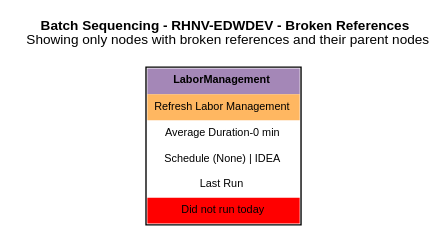
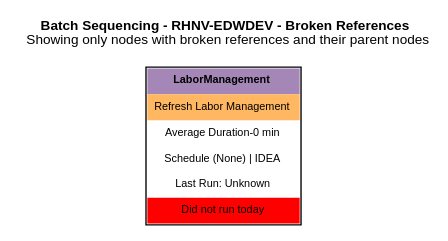
The diagram in ShowBatchSequences/GraphViz/BatchSequenceDetail-IDEA_RHNV-EDWDEV.RHNV.HOSTED_BrokenRefs.gv (ronaldodiyar58811-prog/Ronalds-Random-Scripts), drawn with Graphviz before and after one commit. The commit also changed 88 other files, not shown here.

```diff
--- a/ShowBatchSequences/GraphViz/BatchSequenceDetail-IDEA_RHNV-EDWDEV.RHNV.HOSTED_BrokenRefs.gv
+++ b/ShowBatchSequences/GraphViz/BatchSequenceDetail-IDEA_RHNV-EDWDEV.RHNV.HOSTED_BrokenRefs.gv
@@ -1,6 +1,6 @@
 digraph "Batch Sequencing - RHNV-EDWDEV"{
     graph [layout=dot, fontname=Arial, fontsize=10, labelloc=t, label=<<b>Batch Sequencing - RHNV-EDWDEV - Broken References</b><br />Showing only nodes with broken references and their parent nodes<br /> >];
     node [shape=none, margin=0, fontname=Arial, fontsize=8];
-    "LaborManagement.Refresh Labor Management" [label=<<table border="1" cellspacing="0" cellpadding="5" cellborder="0"><tr><td bgcolor="#a487b7"><b>LaborManagement</b></td></tr><tr><td bgcolor="#ffb255ed" data-cell-info="Broken References">Refresh Labor Management</td></tr><tr><td>Average Duration-0 min</td></tr><tr><td>Schedule (None) | IDEA</td></tr><tr><td>Last Run </td></tr><tr><td bgcolor="#FF0000" style="color: #ffffff">Did not run today</td></tr></table>>];
+    "LaborManagement.Refresh Labor Management" [label=<<table border="1" cellspacing="0" cellpadding="5" cellborder="0"><tr><td bgcolor="#a487b7"><b>LaborManagement</b></td></tr><tr><td bgcolor="#ffb255ed" data-cell-info="Broken References">Refresh Labor Management</td></tr><tr><td>Average Duration-0 min</td></tr><tr><td>Schedule (None) | IDEA</td></tr><tr><td>Last Run: Unknown</td></tr><tr><td bgcolor="#FF0000" style="color: #ffffff">Did not run today</td></tr></table>>];
 
 }
```
